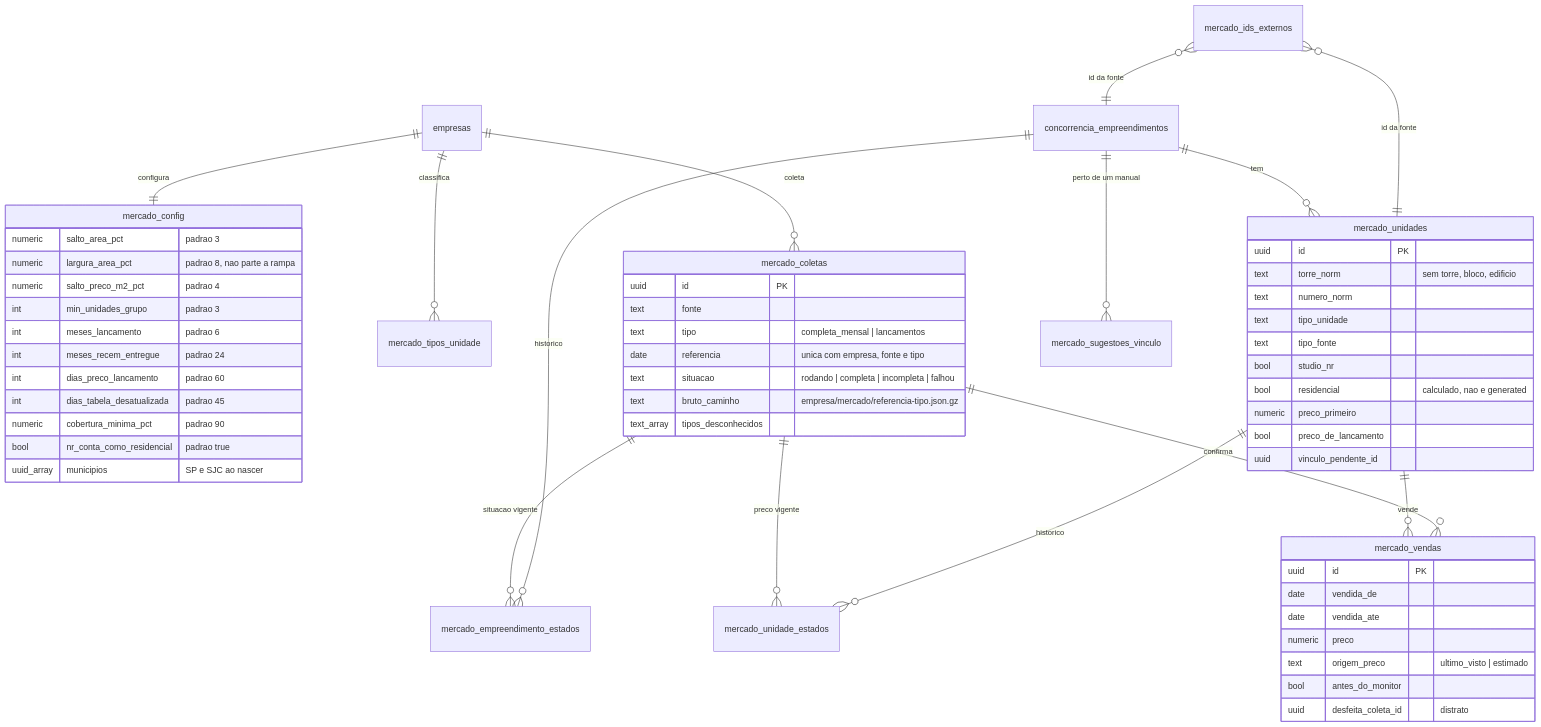
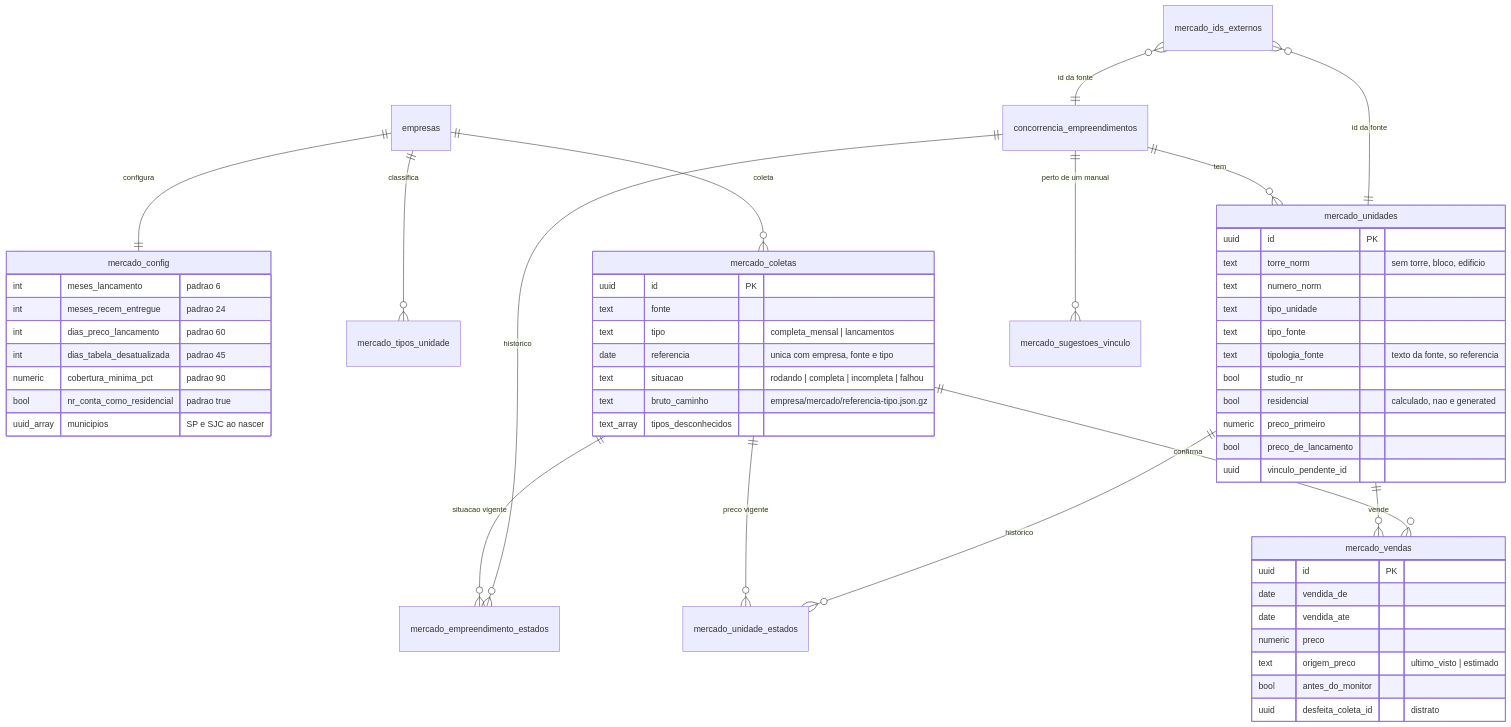
Before and after one commit to Mbekerman/bkm_terrenos-claude: the fifth of 6 diagrams in docs/modelo.md, drawn with Mermaid. The commit also changed other lines of this file and 3 other files, not shown here.

````diff
--- a/docs/modelo.md
+++ b/docs/modelo.md
@@ -661,60 +661,57 @@
 ```mermaid
 erDiagram
   empresas ||--|| mercado_config : configura
   empresas ||--o{ mercado_tipos_unidade : classifica
   empresas ||--o{ mercado_coletas : coleta
   mercado_coletas ||--o{ mercado_empreendimento_estados : "situacao vigente"
   mercado_coletas ||--o{ mercado_unidade_estados : "preco vigente"
   concorrencia_empreendimentos ||--o{ mercado_empreendimento_estados : historico
   concorrencia_empreendimentos ||--o{ mercado_unidades : tem
   mercado_unidades ||--o{ mercado_unidade_estados : historico
   mercado_unidades ||--o{ mercado_vendas : vende
   mercado_coletas ||--o{ mercado_vendas : confirma
   concorrencia_empreendimentos ||--o{ mercado_sugestoes_vinculo : "perto de um manual"
   mercado_ids_externos }o--|| concorrencia_empreendimentos : "id da fonte"
   mercado_ids_externos }o--|| mercado_unidades : "id da fonte"
 
   mercado_config {
-    numeric salto_area_pct "padrao 3"
-    numeric largura_area_pct "padrao 8, nao parte a rampa"
-    numeric salto_preco_m2_pct "padrao 4"
-    int min_unidades_grupo "padrao 3"
     int meses_lancamento "padrao 6"
     int meses_recem_entregue "padrao 24"
     int dias_preco_lancamento "padrao 60"
     int dias_tabela_desatualizada "padrao 45"
     numeric cobertura_minima_pct "padrao 90"
     bool nr_conta_como_residencial "padrao true"
     uuid_array municipios "SP e SJC ao nascer"
   }
   mercado_coletas {
     uuid id PK
     text fonte
     text tipo "completa_mensal | lancamentos"
     date referencia "unica com empresa, fonte e tipo"
     text situacao "rodando | completa | incompleta | falhou"
     text bruto_caminho "empresa/mercado/referencia-tipo.json.gz"
     text_array tipos_desconhecidos
   }
   mercado_unidades {
     uuid id PK
     text torre_norm "sem torre, bloco, edificio"
     text numero_norm
     text tipo_unidade
     text tipo_fonte
+    text tipologia_fonte "texto da fonte, so referencia"
     bool studio_nr
     bool residencial "calculado, nao e generated"
     numeric preco_primeiro
     bool preco_de_lancamento
     uuid vinculo_pendente_id
   }
   mercado_vendas {
     uuid id PK
     date vendida_de
     date vendida_ate
     numeric preco
     text origem_preco "ultimo_visto | estimado"
     bool antes_do_monitor
     uuid desfeita_coleta_id "distrato"
   }
 ```
````
